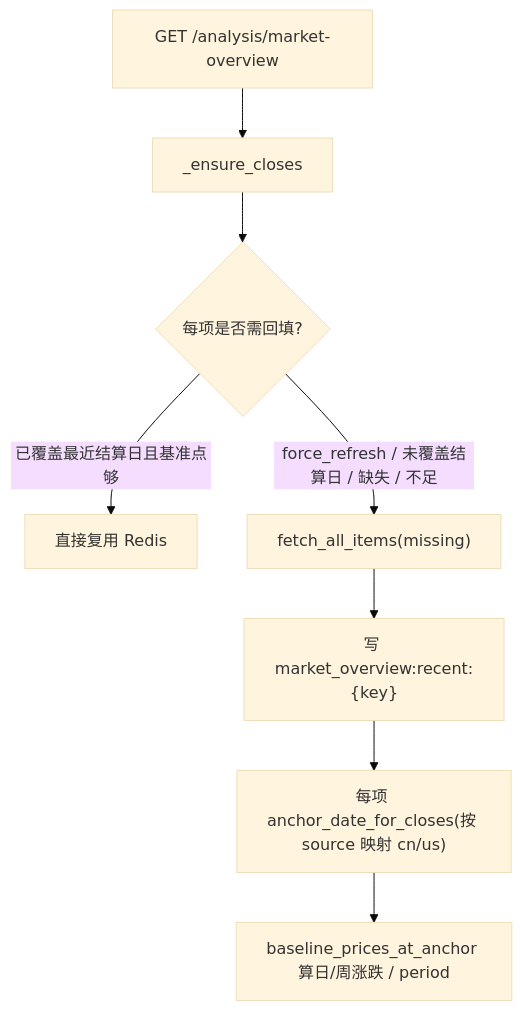
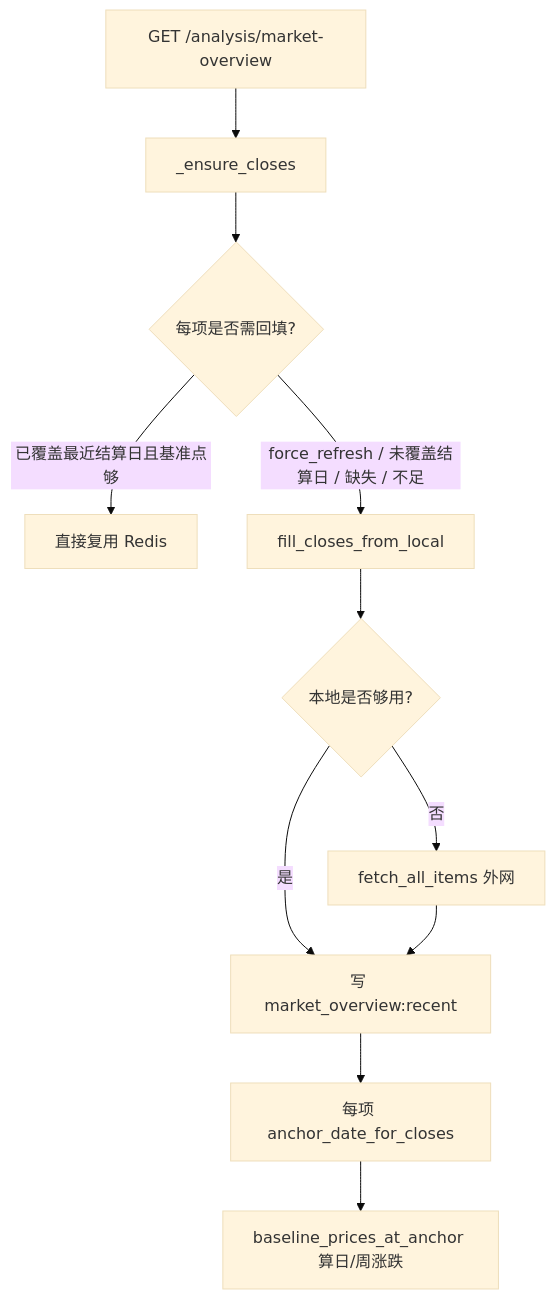
The seventh of 7 diagrams in .agents/skills/astock/references/external-data.md (gunerguner/Astock), drawn with Mermaid (base theme) before and after one commit. The commit also changed other lines of this file and 47 other files, not shown here.

First line of the commit message:
feat: enhance market overview data handling and local caching

````diff
--- a/.agents/skills/astock/references/external-data.md
+++ b/.agents/skills/astock/references/external-data.md
@@ -343,10 +346,13 @@
 ```mermaid
 flowchart TD
   A["GET /analysis/market-overview"] --> B["_ensure_closes"]
   B --> C{每项是否需回填?}
   C -->|已覆盖最近结算日且基准点够| D["直接复用 Redis"]
-  C -->|force_refresh / 未覆盖结算日 / 缺失 / 不足| E["fetch_all_items(missing)"]
-  E --> F["写 market_overview:recent:{key}"]
-  F --> G["每项 anchor_date_for_closes(按 source 映射 cn/us)"]
-  G --> H["baseline_prices_at_anchor 算日/周涨跌 / period"]
+  C -->|force_refresh / 未覆盖结算日 / 缺失 / 不足| E["fill_closes_from_local"]
+  E --> F{本地是否够用?}
+  F -->|是| G["写 market_overview:recent"]
+  F -->|否| H["fetch_all_items 外网"]
+  H --> G
+  G --> I["每项 anchor_date_for_closes"]
+  I --> J["baseline_prices_at_anchor 算日/周涨跌"]
 ```
````
